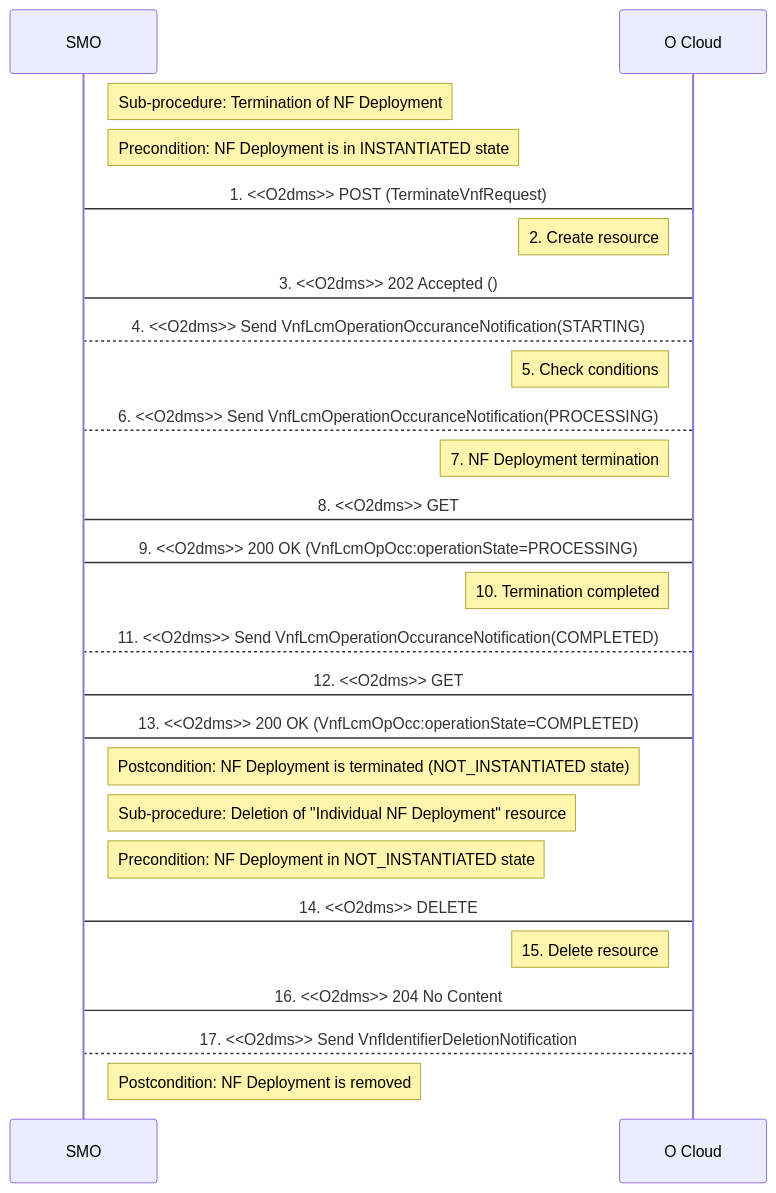
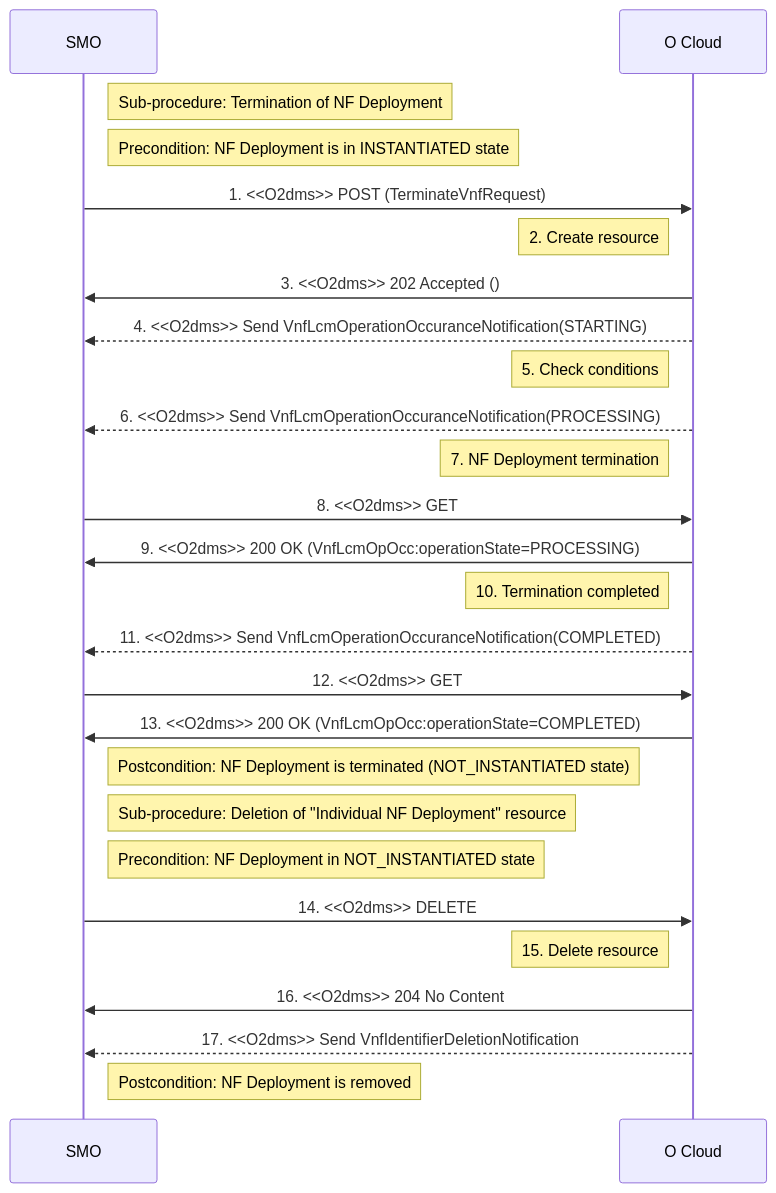
Before and after one commit to NTUST-BMW-Lab/documentation-book: the second of 8 diagrams in O-RAN/O2 Interface/3_O2dms_Services.md, drawn with Mermaid. The commit also changed other lines of this file, not shown here.

````diff
--- a/O-RAN/O2 Interface/3_O2dms_Services.md
+++ b/O-RAN/O2 Interface/3_O2dms_Services.md
@@ -76,26 +76,26 @@
 ```mermaid
 sequenceDiagram
 Note right of SMO: Sub-procedure: Termination of NF Deployment
 Note right of SMO: Precondition: NF Deployment is in INSTANTIATED state
-SMO->O Cloud: 1. <<O2dms>> POST (TerminateVnfRequest)
+SMO->>O Cloud: 1. <<O2dms>> POST (TerminateVnfRequest)
 Note left of O Cloud: 2. Create resource
-O Cloud->SMO: 3. <<O2dms>> 202 Accepted ()
-O Cloud-->SMO: 4. <<O2dms>> Send VnfLcmOperationOccuranceNotification(STARTING)
+O Cloud->>SMO: 3. <<O2dms>> 202 Accepted ()
+O Cloud-->>SMO: 4. <<O2dms>> Send VnfLcmOperationOccuranceNotification(STARTING)
 Note left of O Cloud: 5. Check conditions
-O Cloud-->SMO: 6. <<O2dms>> Send VnfLcmOperationOccuranceNotification(PROCESSING)
+O Cloud-->>SMO: 6. <<O2dms>> Send VnfLcmOperationOccuranceNotification(PROCESSING)
 Note left of O Cloud: 7. NF Deployment termination
-SMO->O Cloud: 8. <<O2dms>> GET
-O Cloud->SMO: 9. <<O2dms>> 200 OK (VnfLcmOpOcc:operationState=PROCESSING)
+SMO->>O Cloud: 8. <<O2dms>> GET
+O Cloud->>SMO: 9. <<O2dms>> 200 OK (VnfLcmOpOcc:operationState=PROCESSING)
 Note left of O Cloud: 10. Termination completed
-O Cloud-->SMO: 11. <<O2dms>> Send VnfLcmOperationOccuranceNotification(COMPLETED)
-SMO->O Cloud: 12. <<O2dms>> GET
-O Cloud->SMO: 13. <<O2dms>> 200 OK (VnfLcmOpOcc:operationState=COMPLETED)
+O Cloud-->>SMO: 11. <<O2dms>> Send VnfLcmOperationOccuranceNotification(COMPLETED)
+SMO->>O Cloud: 12. <<O2dms>> GET
+O Cloud->>SMO: 13. <<O2dms>> 200 OK (VnfLcmOpOcc:operationState=COMPLETED)
 Note right of SMO: Postcondition: NF Deployment is terminated (NOT_INSTANTIATED state)
 Note right of SMO: Sub-procedure: Deletion of "Individual NF Deployment" resource
 Note right of SMO: Precondition: NF Deployment in NOT_INSTANTIATED state
-SMO->O Cloud: 14. <<O2dms>> DELETE
+SMO->>O Cloud: 14. <<O2dms>> DELETE
 Note left of O Cloud: 15. Delete resource
-O Cloud->SMO: 16. <<O2dms>> 204 No Content
-O Cloud-->SMO: 17. <<O2dms>> Send VnfIdentifierDeletionNotification
+O Cloud->>SMO: 16. <<O2dms>> 204 No Content
+O Cloud-->>SMO: 17. <<O2dms>> Send VnfIdentifierDeletionNotification
 Note right of SMO: Postcondition: NF Deployment is removed
 ```
````
